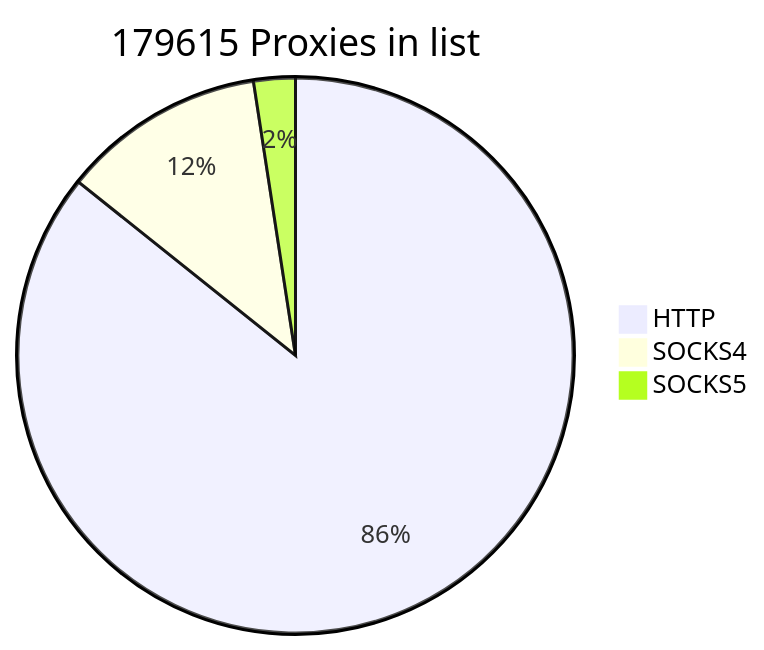
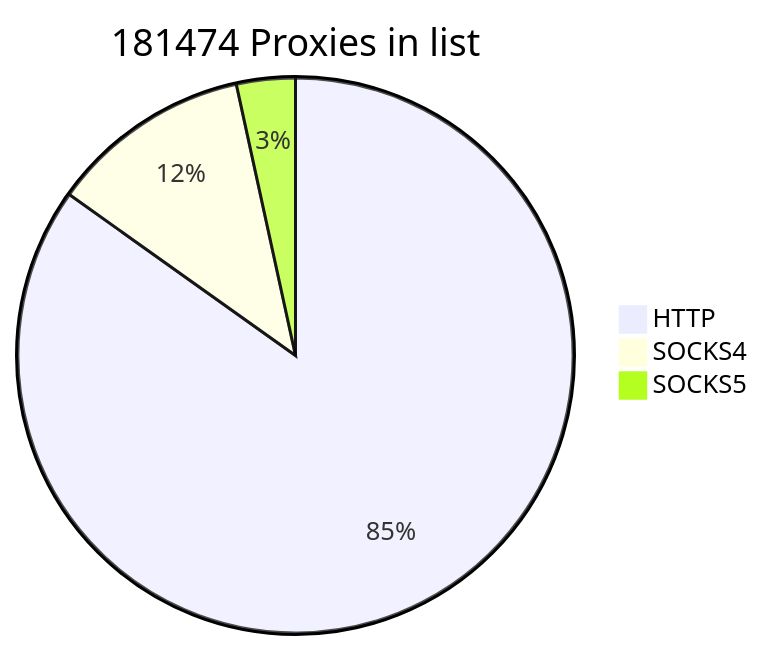
Before and after one commit to cutipu/proxylist: the first of 2 diagrams in README.md, drawn with Mermaid. The commit also changed other lines of this file, not shown here.

````diff
--- a/README.md
+++ b/README.md
@@ -2,7 +2,7 @@
 ```mermaid
-pie title 179615 Proxies in list
-    "HTTP" : 153994
-    "SOCKS4" : 21268
-    "SOCKS5" : 4353
+pie title 181474 Proxies in list
+    "HTTP" : 153973
+    "SOCKS4" : 21296
+    "SOCKS5" : 6205
             
 ```
````
